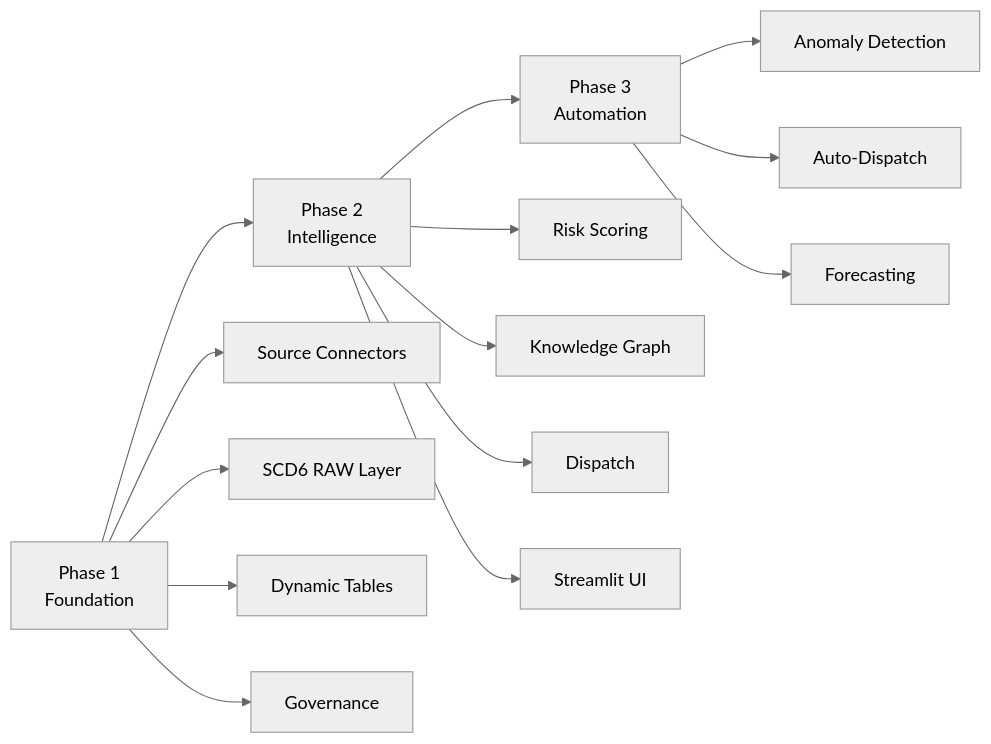
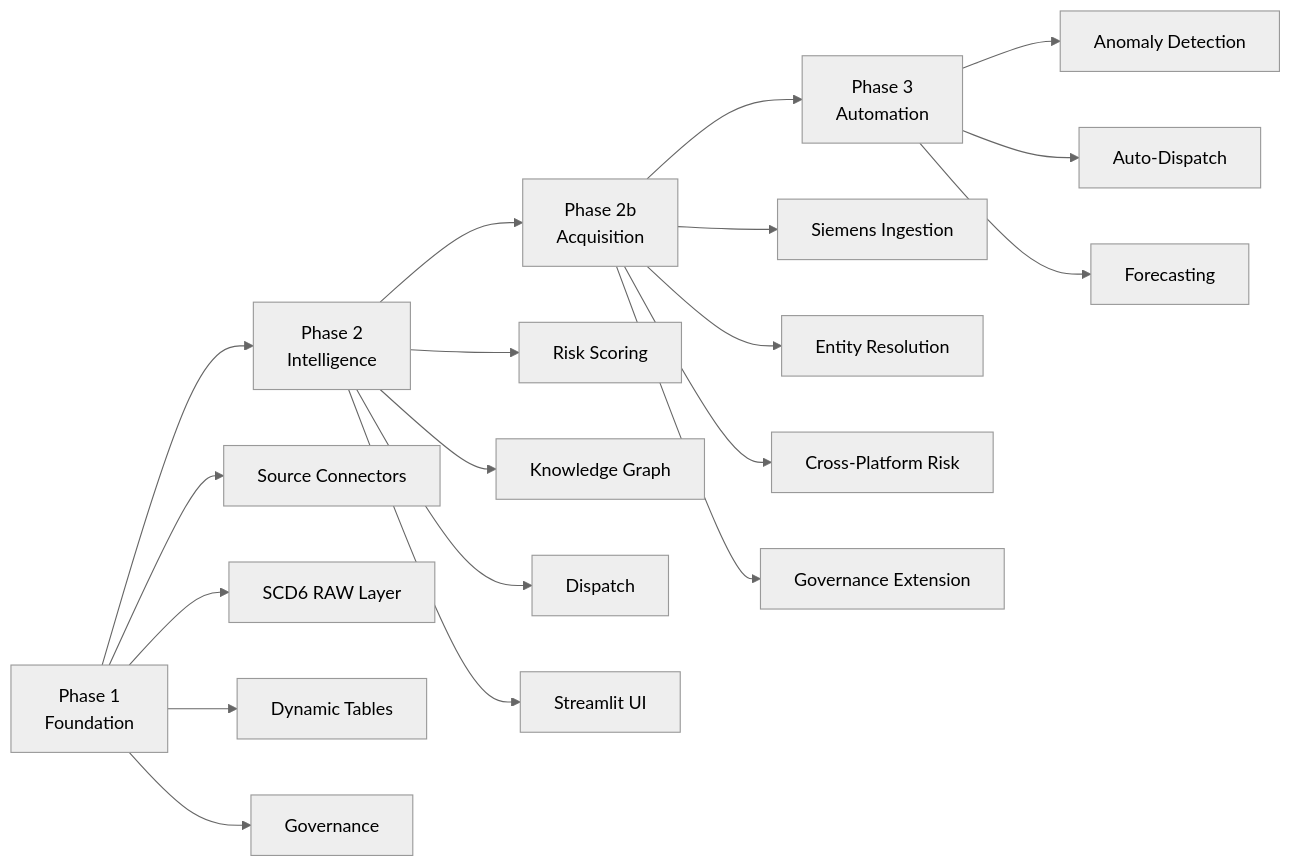
Before and after one commit to sfc-gh-smitchener-1/snowflake-dca-fullstack-demo: the diagram in industry-demos/dcim/ROADMAP.md, drawn with Mermaid (neutral theme). The commit also changed other lines of this file and 3 other files, not shown here.

First line of the commit message:
docs(dcim): Expand Siemens data model and acquisition narrative

````diff
--- a/industry-demos/dcim/ROADMAP.md
+++ b/industry-demos/dcim/ROADMAP.md
@@ -98,19 +143,25 @@
 ```mermaid
 flowchart LR
     P1[Phase 1<br/>Foundation] --> P2[Phase 2<br/>Intelligence]
-    P2 --> P3[Phase 3<br/>Automation]
+    P2 --> P2b[Phase 2b<br/>Acquisition]
+    P2b --> P3[Phase 3<br/>Automation]
 
     P1 --> P1a[Source Connectors]
     P1 --> P1b[SCD6 RAW Layer]
     P1 --> P1c[Dynamic Tables]
     P1 --> P1d[Governance]
 
     P2 --> P2a[Risk Scoring]
-    P2 --> P2b[Knowledge Graph]
-    P2 --> P2c[Dispatch]
-    P2 --> P2d[Streamlit UI]
+    P2 --> P2c[Knowledge Graph]
+    P2 --> P2d[Dispatch]
+    P2 --> P2e[Streamlit UI]
+
+    P2b --> P2b1[Siemens Ingestion]
+    P2b --> P2b2[Entity Resolution]
+    P2b --> P2b3[Cross-Platform Risk]
+    P2b --> P2b4[Governance Extension]
 
     P3 --> P3a[Anomaly Detection]
     P3 --> P3b[Auto-Dispatch]
     P3 --> P3c[Forecasting]
 ```
````
